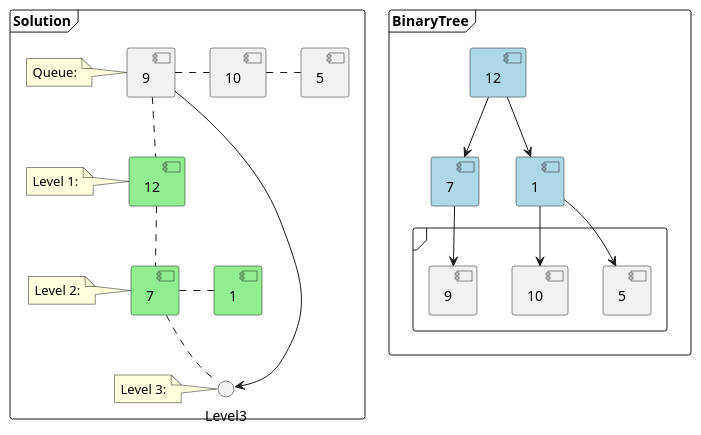
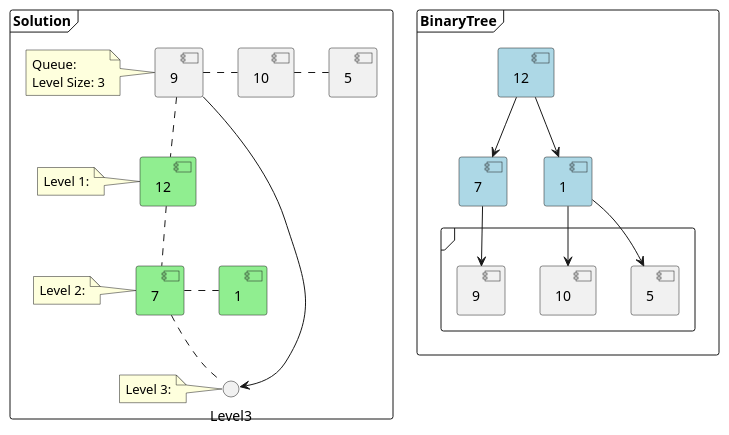
Before and after one commit to computer-science-engineering/learning-computer-science: the eighth of 9 diagrams in src/EducativeIo/GrokkingTheCodingInterview/Ch08_TreeBreadthFirstSearch/P1_BinaryTreeLevelOrderTraversal/readme.md, drawn with PlantUML. The commit also changed other lines of this file and 2 other files, not shown here.

Commit message:
Binary Tree Level Order Traversal

````diff
--- a/src/EducativeIo/GrokkingTheCodingInterview/Ch08_TreeBreadthFirstSearch/P1_BinaryTreeLevelOrderTraversal/readme.md
+++ b/src/EducativeIo/GrokkingTheCodingInterview/Ch08_TreeBreadthFirstSearch/P1_BinaryTreeLevelOrderTraversal/readme.md
@@ -319,67 +319,68 @@
 ```plantuml
 @startuml
 frame "Solution" {
     component 9_1 [
         9
     ]
     component 10_1 [
         10
     ]
     component 5_1 [
         5
     ]
     note left of 9_1
     Queue:
+    Level Size: 3
     end note
     9_1 . 10_1
     10_1 . 5_1
     component 12_2 #lightgreen [
         12
     ]
     component 7_2 #lightgreen [
         7
     ]
     component 1_2 #lightgreen [
         1
     ]
     note left of 12_2
     Level 1:
     end note
 
     7_2 . 1_2
 
     9_1 .. 12_2
     12_2 .. 7_2
     7_2 .. () Level3
 
     9_1 --> () Level3
 
     note left of 7_2
     Level 2:
     end note
 
     note left of () Level3
     Level 3:
     end note
 }
 
 frame "BinaryTree" {
     [12] --> [7]
     [12] --> [1]
 
     frame " " {
         component [9]
         component [10]
         component [5]
     }
 
     [7] --> [9]
     [1] --> [10]
     [1] --> [5]
 
     component [12] #lightblue
     component [7] #lightblue
     component [1] #lightblue
 }
 @enduml
 ```
````
